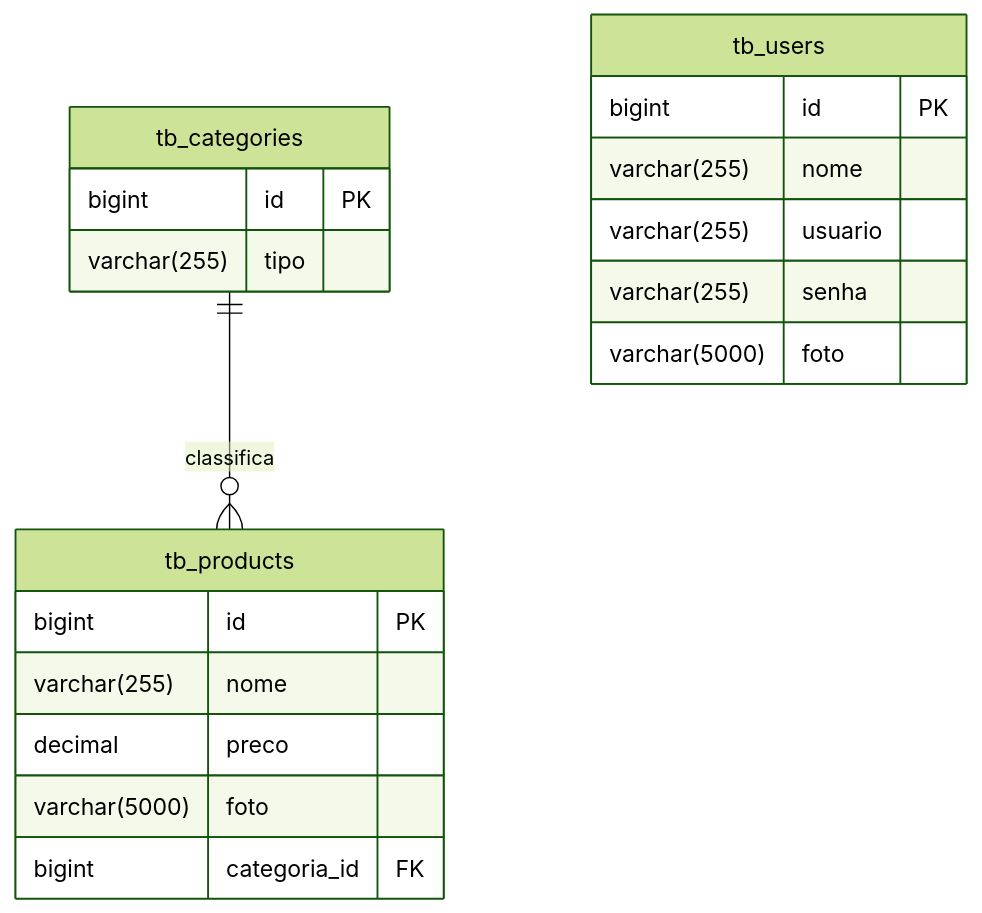
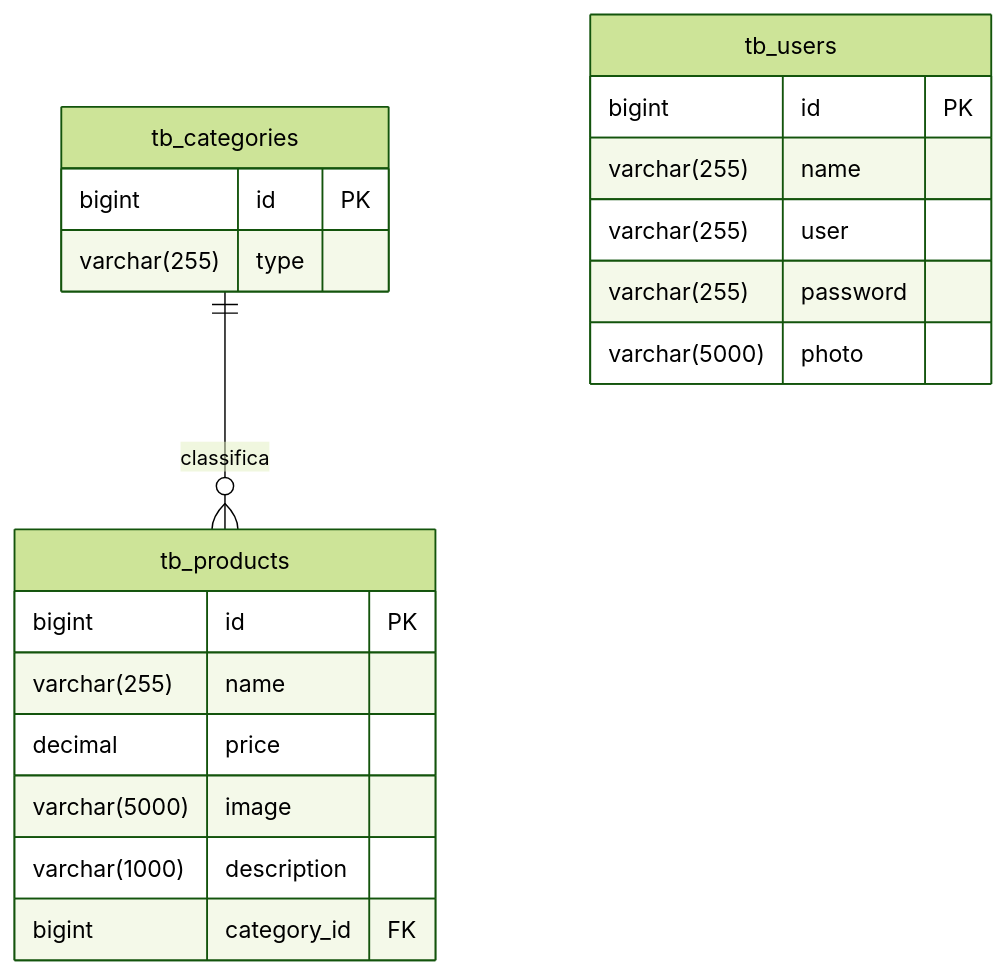
Before and after one commit to Brunogodoy2911/loja_games_api: the second of 2 diagrams in README.md, drawn with Mermaid (forest theme).

Commit message:
:books: Update README.md

````diff
--- a/README.md
+++ b/README.md
@@ -90,22 +90,23 @@
 ```mermaid
 erDiagram
     tb_categories ||--o{ tb_products : classifica
     tb_users {
         bigint id PK
-        varchar(255) nome
-        varchar(255) usuario
-        varchar(255) senha
-        varchar(5000) foto
+        varchar(255) name
+        varchar(255) user
+        varchar(255) password
+        varchar(5000) photo
     }
     tb_categories {
         bigint id PK
-        varchar(255) tipo
+        varchar(255) type
     }
     tb_products {
         bigint id PK
-        varchar(255) nome
-        decimal preco
-        varchar(5000) foto
-        bigint categoria_id FK
+        varchar(255) name
+        decimal price
+        varchar(5000) image
+        varchar(1000) description
+        bigint category_id FK
     }
 ```
````
